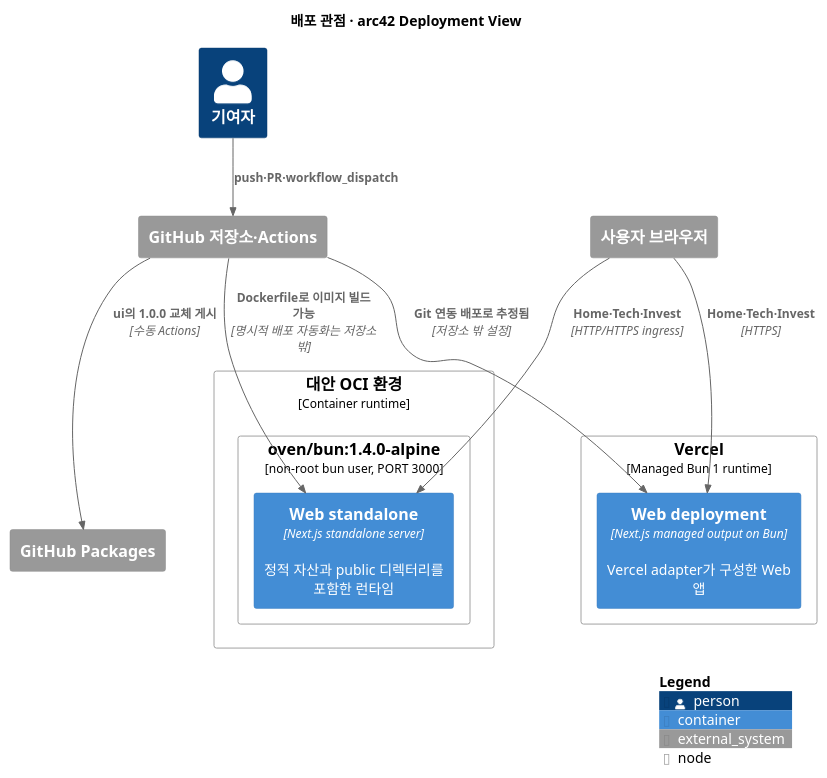
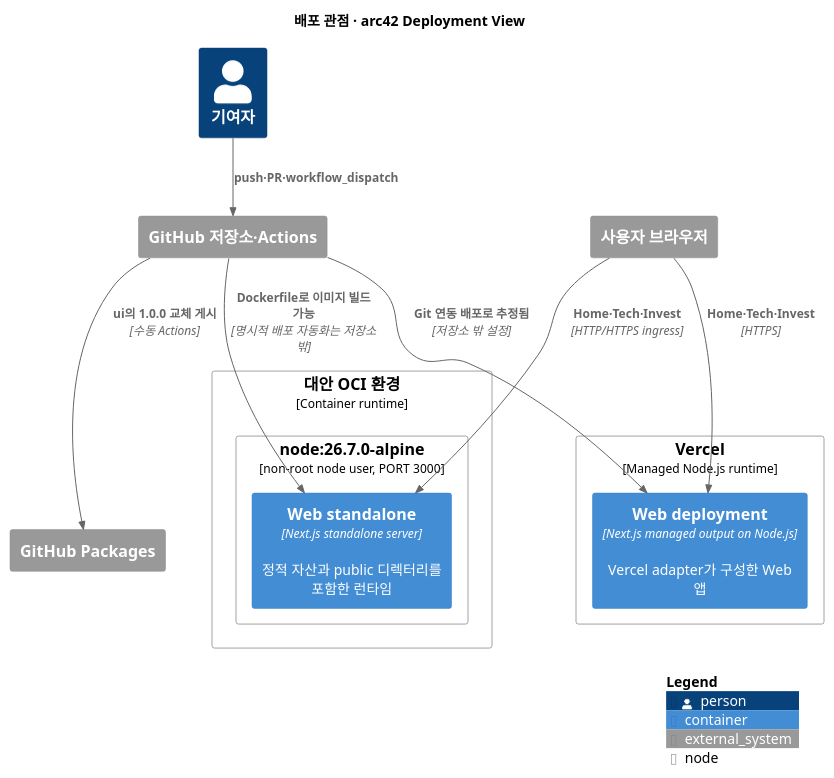
One commit to jongminchung/jongminchung changed the diagram in docs/diagrams/onboarding-deployment.puml. Above: the diagram before and after it, drawn with PlantUML. The commit also changed 42 other files, not shown here.

```diff
--- a/docs/diagrams/onboarding-deployment.puml
+++ b/docs/diagrams/onboarding-deployment.puml
@@ -1,30 +1,30 @@
 @startuml
 !include <C4/C4_Deployment>
 
 title 배포 관점 · arc42 Deployment View
 
 Person(developer, "기여자")
 System_Ext(github, "GitHub 저장소·Actions")
 
-Deployment_Node(vercel, "Vercel", "Managed Bun 1 runtime") {
-  Container(vercelWeb, "Web deployment", "Next.js managed output on Bun", "Vercel adapter가 구성한 Web 앱")
+Deployment_Node(vercel, "Vercel", "Managed Node.js runtime") {
+  Container(vercelWeb, "Web deployment", "Next.js managed output on Node.js", "Vercel adapter가 구성한 Web 앱")
 }
 
 Deployment_Node(oci, "대안 OCI 환경", "Container runtime") {
-  Deployment_Node(container, "oven/bun:1.4.0-alpine", "non-root bun user, PORT 3000") {
+  Deployment_Node(container, "node:26.7.0-alpine", "non-root node user, PORT 3000") {
     Container(standaloneWeb, "Web standalone", "Next.js standalone server", "정적 자산과 public 디렉터리를 포함한 런타임")
   }
 }
 
 System_Ext(browser, "사용자 브라우저")
 System_Ext(registry, "GitHub Packages")
 
 Rel(developer, github, "push·PR·workflow_dispatch")
 Rel(github, vercelWeb, "Git 연동 배포로 추정됨", "저장소 밖 설정")
 Rel(github, standaloneWeb, "Dockerfile로 이미지 빌드 가능", "명시적 배포 자동화는 저장소 밖")
 Rel(browser, vercelWeb, "Home·Tech·Invest", "HTTPS")
 Rel(browser, standaloneWeb, "Home·Tech·Invest", "HTTP/HTTPS ingress")
 Rel(github, registry, "ui의 1.0.0 교체 게시", "수동 Actions")
 
 SHOW_LEGEND()
 @enduml
```
